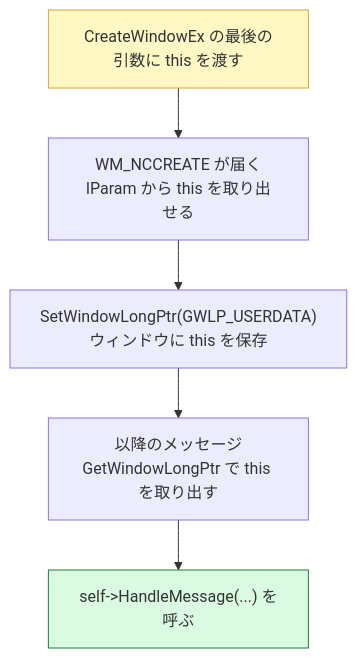
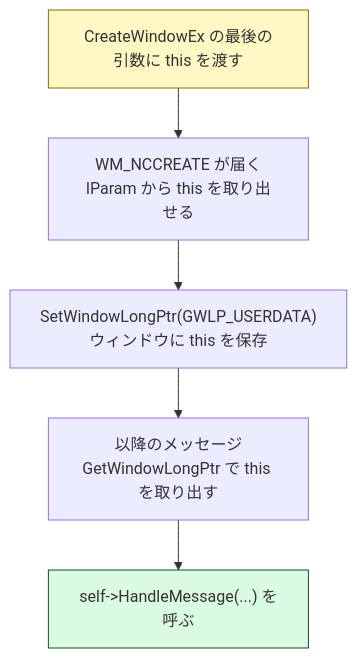
Before and after one commit to Tomonorarari-Think/DirectX12Dev: the third of 3 diagrams in docs/tutorial/02_ウィンドウを作る.md, drawn with Mermaid. The commit also changed other lines of this file and 24 other files, not shown here.

First line of the commit message:
fix: 図の配色を見直し、コントラスト比を 7:1 以上に引き上げる

````diff
--- a/docs/tutorial/02_ウィンドウを作る.md
+++ b/docs/tutorial/02_ウィンドウを作る.md
@@ -202,10 +202,10 @@
 ```mermaid
 flowchart TD
     A["CreateWindowEx の最後の引数に this を渡す"] --> B["WM_NCCREATE が届く<br/>lParam から this を取り出せる"]
     B --> C["SetWindowLongPtr(GWLP_USERDATA)<br/>ウィンドウに this を保存"]
     C --> D["以降のメッセージ<br/>GetWindowLongPtr で this を取り出す"]
     D --> E["self->HandleMessage(...) を呼ぶ"]
 
-    style A fill:#fff8c5,stroke:#d4a72c
-    style E fill:#dafbe1,stroke:#1a7f37
+    style A fill:#fff8c5,stroke:#8a6d00
+    style E fill:#dafbe1,stroke:#0d4f21
 ```
````
